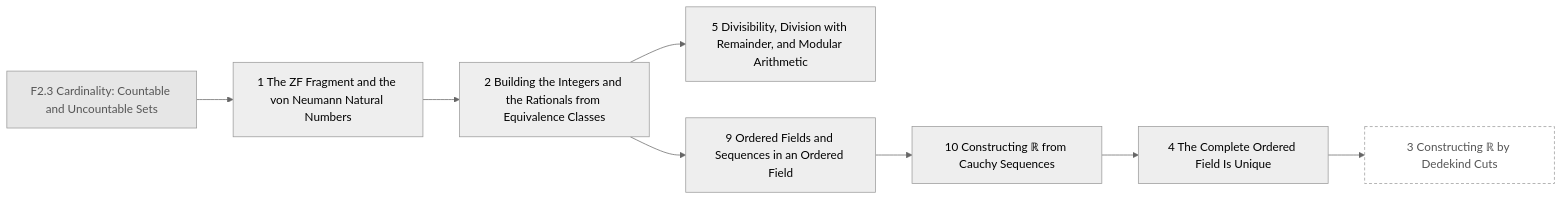
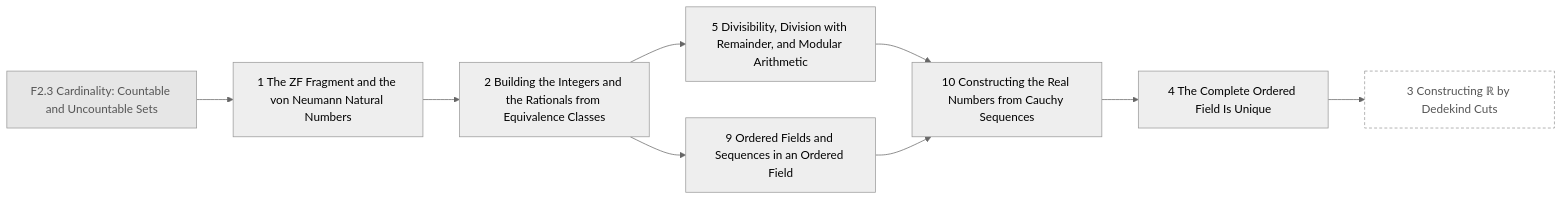
Before and after one commit to AkizumiFox/math-atlas: the diagram in generated/chapters/F3.mmd, drawn with Mermaid (neutral theme). The commit also changed 7 other files, not shown here.

Commit message:
F3.10 depends on F3.5 (thm-reals-commutative-ring uses thm-quotient-ring-by-ideal); title matches the drafted chapter: Constructing the Real Numbers from Cauchy Sequences

```diff
--- a/generated/chapters/F3.mmd
+++ b/generated/chapters/F3.mmd
@@ -1,19 +1,20 @@
 flowchart LR
   F2_3["F2.3 Cardinality: Countable and Uncountable Sets"]:::ext
   F3_1["1 The ZF Fragment and the von Neumann Natural Numbers"]
   F3_2["2 Building the Integers and the Rationals from Equivalence Classes"]
   F3_5["5 Divisibility, Division with Remainder, and Modular Arithmetic"]
   F3_9["9 Ordered Fields and Sequences in an Ordered Field"]
-  F3_10["10 Constructing ℝ from Cauchy Sequences"]
+  F3_10["10 Constructing the Real Numbers from Cauchy Sequences"]
   F3_4["4 The Complete Ordered Field Is Unique"]
   F3_3["3 Constructing ℝ by Dedekind Cuts"]:::opt
   F2_3 --> F3_1
   F3_1 --> F3_2
   F3_2 --> F3_5
   F3_2 --> F3_9
+  F3_5 --> F3_10
   F3_9 --> F3_10
   F3_10 --> F3_4
   F3_4 --> F3_3
   classDef ext fill:#e6e6e6,stroke:#999,color:#555
   classDef opt fill:#fff,stroke:#999,stroke-dasharray:4 3,color:#555
   classDef segb fill:#f6f6fb,stroke:#99a,color:#333
```
